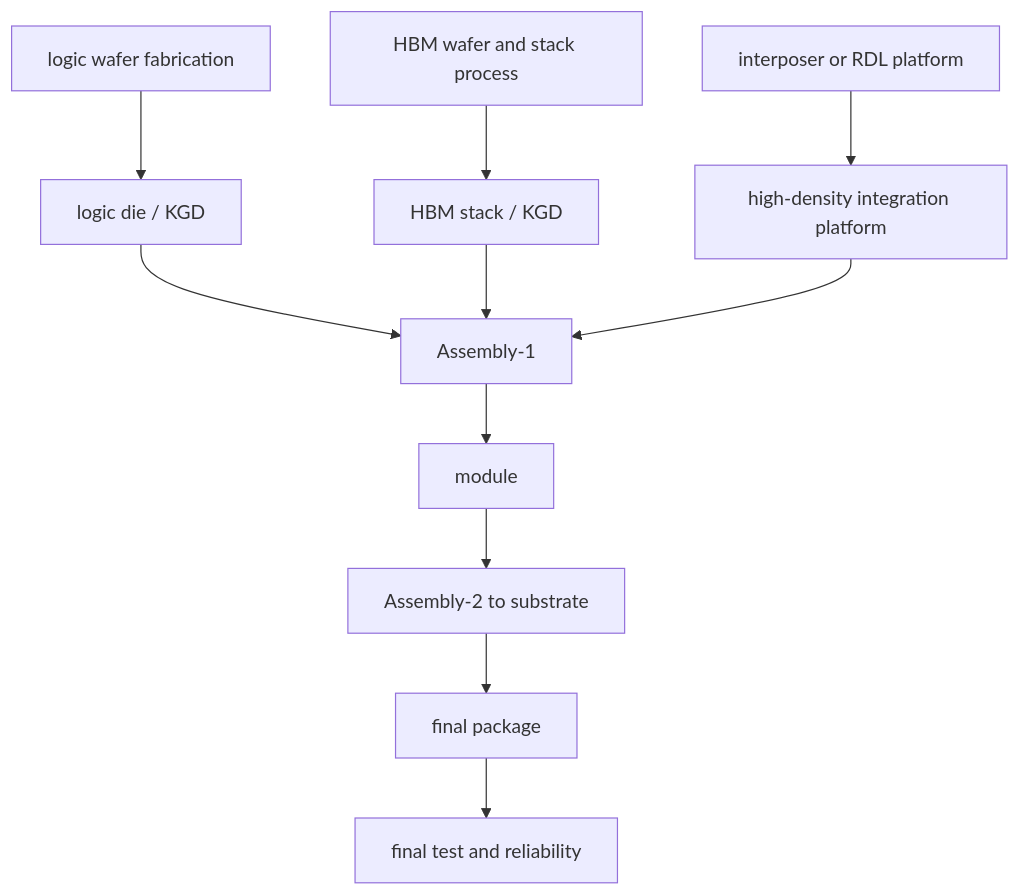
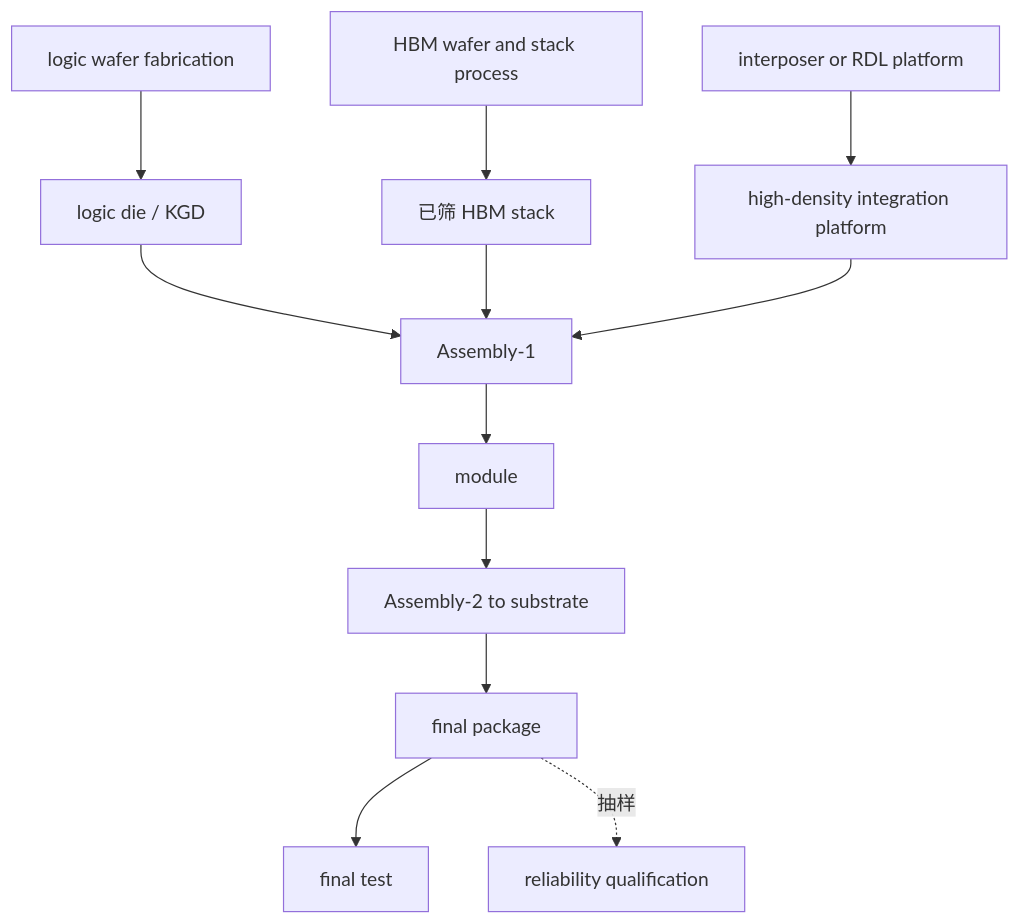
Before and after one commit to microarch-flow/wiki: the third of 3 diagrams in FAB/wiki/04-back-end-packaging/hbm-as-case-study/ai-gpu-hbm-package-architecture.md, drawn with Mermaid. The commit also changed other lines of this file and 458 other files, not shown here.

````diff
--- a/FAB/wiki/04-back-end-packaging/hbm-as-case-study/ai-gpu-hbm-package-architecture.md
+++ b/FAB/wiki/04-back-end-packaging/hbm-as-case-study/ai-gpu-hbm-package-architecture.md
@@ -38,13 +38,14 @@
 ```mermaid
 flowchart TB
     A[logic wafer fabrication] --> B[logic die / KGD]
-    C[HBM wafer and stack process] --> D[HBM stack / KGD]
+    C[HBM wafer and stack process] --> D[已筛 HBM stack]
     E[interposer or RDL platform] --> F[high-density integration platform]
     B --> G[Assembly-1]
     D --> G
     F --> G
     G --> H[module]
     H --> I[Assembly-2 to substrate]
     I --> J[final package]
-    J --> K[final test and reliability]
+    J --> K[final test]
+    J -. 抽样 .-> L[reliability qualification]
 ```
````
